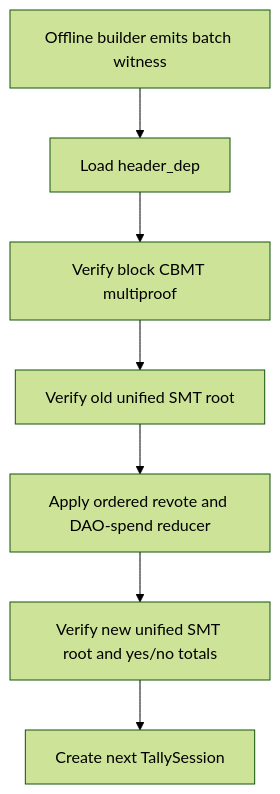
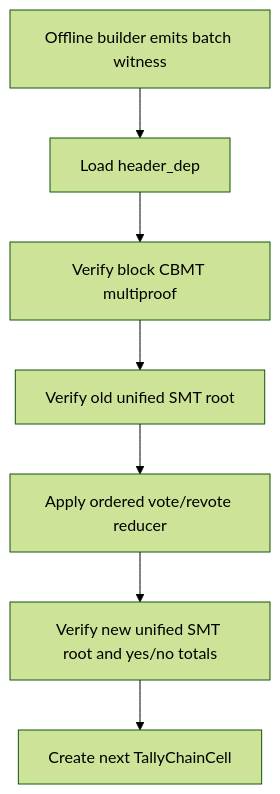
One commit to chenyukang/ckb-treasury-lab changed the third of 3 diagrams in docs/on-chain-voting-with-batch-settlement.md. Above: the diagram before and after it, drawn with Mermaid (forest theme). The commit also changed other lines of this file and 10 other files, not shown here.

Commit message:
remove dao spend event

````diff
--- a/docs/on-chain-voting-with-batch-settlement.md
+++ b/docs/on-chain-voting-with-batch-settlement.md
@@ -186,9 +179,9 @@
 ```mermaid
 flowchart TD
     W["Offline builder emits batch witness"] --> H["Load header_dep"]
     H --> M["Verify block CBMT multiproof"]
     M --> O["Verify old unified SMT root"]
-    O --> D["Apply ordered revote and DAO-spend reducer"]
+    O --> D["Apply ordered vote/revote reducer"]
     D --> N["Verify new unified SMT root and yes/no totals"]
-    N --> Q["Create next TallySession"]
+    N --> Q["Create next TallyChainCell"]
 ```
````
